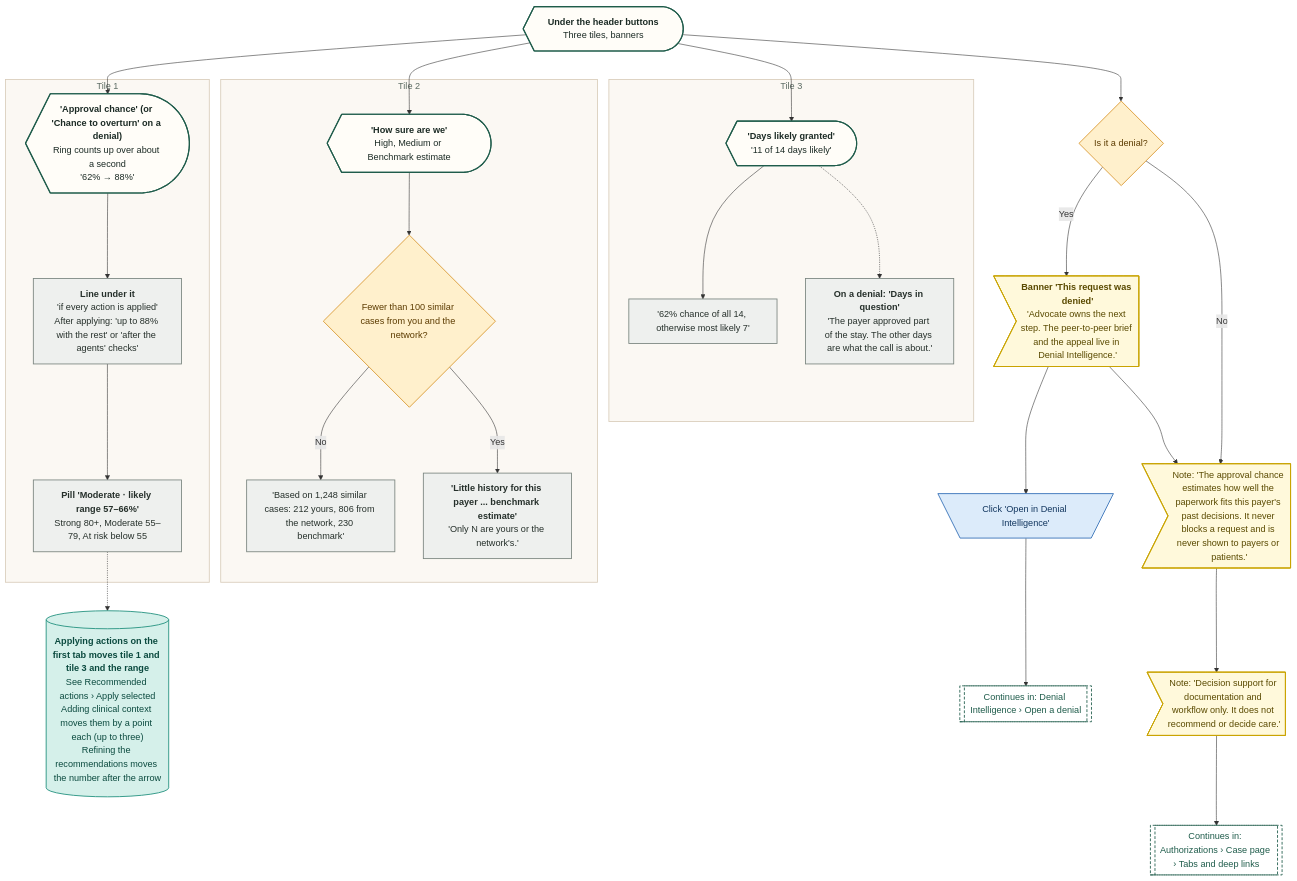
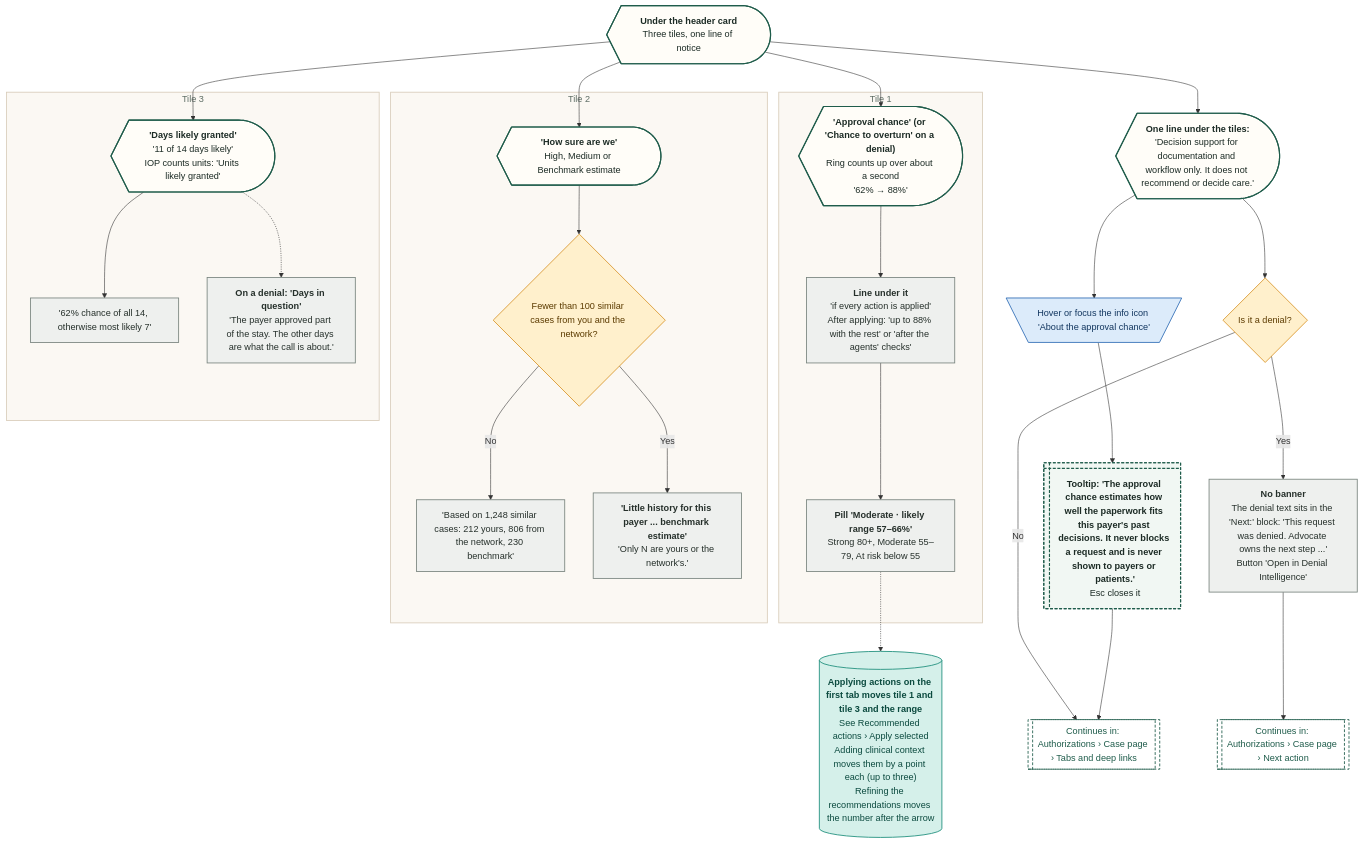
Before and after one commit to Shrav143/psyfloapp: the tenth of 30 diagrams in demos/prior-auth-demo/workflows/out/md/03-authorizations.md, drawn with Mermaid. The commit also changed other lines of this file and 192 other files, not shown here.

First line of the commit message:
docs: changelog by sidebar tab; README, diagrams and Settings layout aligned with the refinement; shared InfoTip; referral cost-share line

````diff
--- a/demos/prior-auth-demo/workflows/out/md/03-authorizations.md
+++ b/demos/prior-auth-demo/workflows/out/md/03-authorizations.md
@@ -612,67 +812,67 @@
 ```mermaid
 %%{init: {"theme":"base","themeVariables":{"fontFamily":"'DM Sans', 'Segoe UI', system-ui, sans-serif","fontSize":"15px","lineColor":"#5B6B63","primaryTextColor":"#1C2B25","clusterBkg":"#FBF8F3","clusterBorder":"#D9CDBB","edgeLabelBackground":"#FFFFFF"},"flowchart":{"curve":"basis","nodeSpacing":36,"rankSpacing":48,"padding":12,"htmlLabels":true,"useMaxWidth":false,"wrappingWidth":230}} }%%
 flowchart TD
   classDef k_start fill:#1F5C4B,stroke:#174638,color:#FFFFFF,stroke-width:1.5px,font-weight:600
   classDef k_end fill:#DDEFE3,stroke:#2E7D4F,color:#14502F,stroke-width:1.5px,font-weight:600
   classDef k_endx fill:#FBE3E0,stroke:#C0392B,color:#7A1F16,stroke-width:1.5px,font-weight:600
   classDef k_screen fill:#FFFDF8,stroke:#1F5C4B,color:#1C2B25,stroke-width:2px
   classDef k_overlay fill:#F1F7F3,stroke:#1F5C4B,color:#1C2B25,stroke-width:2px,stroke-dasharray:5 3
   classDef k_click fill:#DCEBFA,stroke:#2F6DB5,color:#12365F,stroke-width:1.5px
   classDef k_input fill:#E4E7FF,stroke:#4C5FD5,color:#1D2670,stroke-width:1.5px
   classDef k_process fill:#EEF0EE,stroke:#7A857F,color:#26302B,stroke-width:1.5px
   classDef k_agent fill:#EEE5FA,stroke:#7A4FC2,color:#341A63,stroke-width:1.5px
   classDef k_decision fill:#FFF0CC,stroke:#D9962B,color:#5C3B00,stroke-width:1.5px
   classDef k_store fill:#D5F0EA,stroke:#1C8E7B,color:#0B4A3F,stroke-width:1.5px
   classDef k_doc fill:#F6E9DC,stroke:#B07A4C,color:#4A2E14,stroke-width:1.5px
   classDef k_ext fill:#FFE6D2,stroke:#E07B39,color:#6B2F06,stroke-width:1.5px
   classDef k_wait fill:#E4E8EE,stroke:#6B7C93,color:#26303D,stroke-width:1.5px
   classDef k_toast fill:#FFF9DB,stroke:#C9A400,color:#5A4A00,stroke-width:1.5px
   classDef k_goto fill:#FFFFFF,stroke:#1F5C4B,color:#1F5C4B,stroke-width:1.5px,stroke-dasharray:5 3
-  pg@{ shape: curv-trap, label: "<b>Under the header buttons</b><br/>Three tiles, banners" }
+  pg@{ shape: curv-trap, label: "<b>Under the header card</b><br/>Three tiles, one line of notice" }
   subgraph gT1 ["Tile 1"]
   t1@{ shape: curv-trap, label: "<b>'Approval chance' (or 'Chance to overturn' on a denial)</b><br/>Ring counts up over about a second<br/>'62% → 88%'" }
   t1a@{ shape: rect, label: "<b>Line under it</b><br/>'if every action is applied'<br/>After applying: 'up to 88% with the rest' or 'after the agents' checks'" }
   t1b@{ shape: rect, label: "<b>Pill 'Moderate · likely range 57–66%'</b><br/>Strong 80+, Moderate 55–79, At risk below 55" }
   end
   subgraph gT2 ["Tile 2"]
   t2@{ shape: curv-trap, label: "<b>'How sure are we'</b><br/>High, Medium or Benchmark estimate" }
   dBm@{ shape: diam, label: "Fewer than 100 similar cases from you and the network?" }
   t2a@{ shape: rect, label: "'Based on 1,248 similar cases: 212 yours, 806 from the network, 230 benchmark'" }
   t2b@{ shape: rect, label: "<b>'Little history for this payer ... benchmark estimate'</b><br/>'Only N are yours or the network's.'" }
   end
   subgraph gT3 ["Tile 3"]
-  t3@{ shape: curv-trap, label: "<b>'Days likely granted'</b><br/>'11 of 14 days likely'" }
+  t3@{ shape: curv-trap, label: "<b>'Days likely granted'</b><br/>'11 of 14 days likely'<br/>IOP counts units: 'Units likely granted'" }
   t3a@{ shape: rect, label: "'62% chance of all 14, otherwise most likely 7'" }
   t3b@{ shape: rect, label: "<b>On a denial: 'Days in question'</b><br/>'The payer approved part of the stay. The other days are what the call is about.'" }
   end
+  n1@{ shape: curv-trap, label: "<b>One line under the tiles:</b><br/>'Decision support for documentation and workflow only. It does not recommend or decide care.'" }
+  ni@{ shape: trap-t, label: "Hover or focus the info icon 'About the approval chance'" }
+  n2@{ shape: win-pane, label: "<b>Tooltip: 'The approval chance estimates how well the paperwork fits this payer's past decisions. It never blocks a request and is never shown to payers or patients.'</b><br/>Esc closes it" }
   dDn@{ shape: diam, label: "Is it a denial?" }
-  bd@{ shape: odd, label: "<b>Banner 'This request was denied'</b><br/>'Advocate owns the next step. The peer-to-peer brief and the appeal live in Denial Intelligence.'" }
-  bdo@{ shape: trap-t, label: "Click 'Open in Denial Intelligence'" }
-  gD@{ shape: subproc, label: "Continues in: Denial Intelligence › Open a denial" }
-  n1@{ shape: odd, label: "Note: 'The approval chance estimates how well the paperwork fits this payer's past decisions. It never blocks a request and is never shown to payers or patients.'" }
-  n2@{ shape: odd, label: "Note: 'Decision support for documentation and workflow only. It does not recommend or decide care.'" }
+  bd@{ shape: rect, label: "<b>No banner</b><br/>The denial text sits in the 'Next:' block: 'This request was denied. Advocate owns the next step ...'<br/>Button 'Open in Denial Intelligence'" }
+  gD@{ shape: subproc, label: "Continues in: Authorizations › Case page › Next action" }
   gT@{ shape: subproc, label: "Continues in: Authorizations › Case page › Tabs and deep links" }
   ap@{ shape: cyl, label: "<b>Applying actions on the first tab moves tile 1 and tile 3 and the range</b><br/>See Recommended actions › Apply selected<br/>Adding clinical context moves them by a point each (up to three)<br/>Refining the recommendations moves the number after the arrow" }
   pg --> t1 --> t1a --> t1b
   pg --> t2 --> dBm
   dBm -->|"No"| t2a
   dBm -->|"Yes"| t2b
   pg --> t3 --> t3a
   t3 -.-> t3b
-  pg --> dDn
-  dDn -->|"Yes"| bd --> bdo --> gD
-  dDn -->|"No"| n1
-  bd --> n1
-  n1 --> n2 --> gT
+  pg --> n1 --> ni --> n2
+  n1 --> dDn
+  dDn -->|"Yes"| bd --> gD
+  dDn -->|"No"| gT
+  n2 --> gT
   t1b -.-> ap
-  class pg,t1,t2,t3 k_screen
-  class t1a,t1b,t2a,t2b,t3a,t3b k_process
+  class pg,t1,t2,t3,n1 k_screen
+  class t1a,t1b,t2a,t2b,t3a,t3b,bd k_process
   class dBm,dDn k_decision
-  class bd,n1,n2 k_toast
-  class bdo k_click
+  class ni k_click
+  class n2 k_overlay
   class gD,gT k_goto
   class ap k_store
   style gT1 fill:#FBF8F3,stroke:#D9CDBB,stroke-width:1.5px,color:#5B6B63
   style gT2 fill:#FBF8F3,stroke:#D9CDBB,stroke-width:1.5px,color:#5B6B63
   style gT3 fill:#FBF8F3,stroke:#D9CDBB,stroke-width:1.5px,color:#5B6B63
 ```
````
